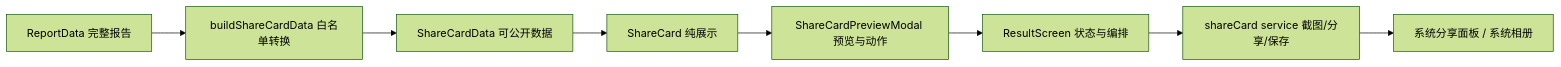
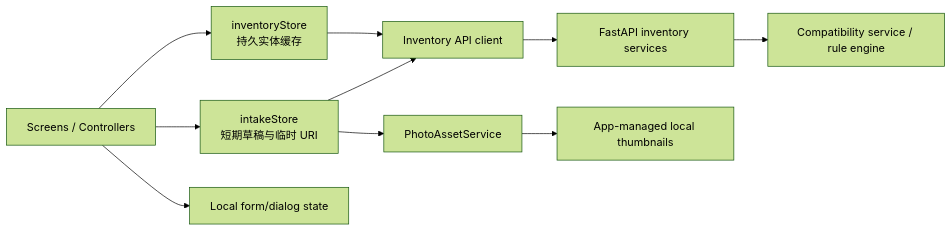
The diagram in docs/design/前端组件图与设计令牌映射.md (gsj1225/household-chemical-safety), drawn with Mermaid (forest theme) before and after one commit. The commit also changed other lines of this file and 86 other files, not shown here.

````diff
--- a/docs/design/前端组件图与设计令牌映射.md
+++ b/docs/design/前端组件图与设计令牌映射.md
@@ -533,10 +302,12 @@
 ```mermaid
 flowchart LR
-    Report["ReportData 完整报告"] --> Builder["buildShareCardData 白名单转换"]
-    Builder --> Data["ShareCardData 可公开数据"]
-    Data --> Card["ShareCard 纯展示"]
-    Card --> Preview["ShareCardPreviewModal 预览与动作"]
-    Preview --> Screen["ResultScreen 状态与编排"]
-    Screen --> Service["shareCard service 截图/分享/保存"]
-    Service --> Native["系统分享面板 / 系统相册"]
+    UI["Screens / Controllers"] --> INV["inventoryStore\n持久实体缓存"]
+    UI --> DRAFT["intakeStore\n短期草稿与临时 URI"]
+    UI --> FORM["Local form/dialog state"]
+    INV --> API["Inventory API client"]
+    DRAFT --> API
+    DRAFT --> PHOTO["PhotoAssetService"]
+    API --> BACKEND["FastAPI inventory services"]
+    PHOTO --> LOCAL["App-managed local thumbnails"]
+    BACKEND --> RULES["Compatibility service / rule engine"]
 ```
````
